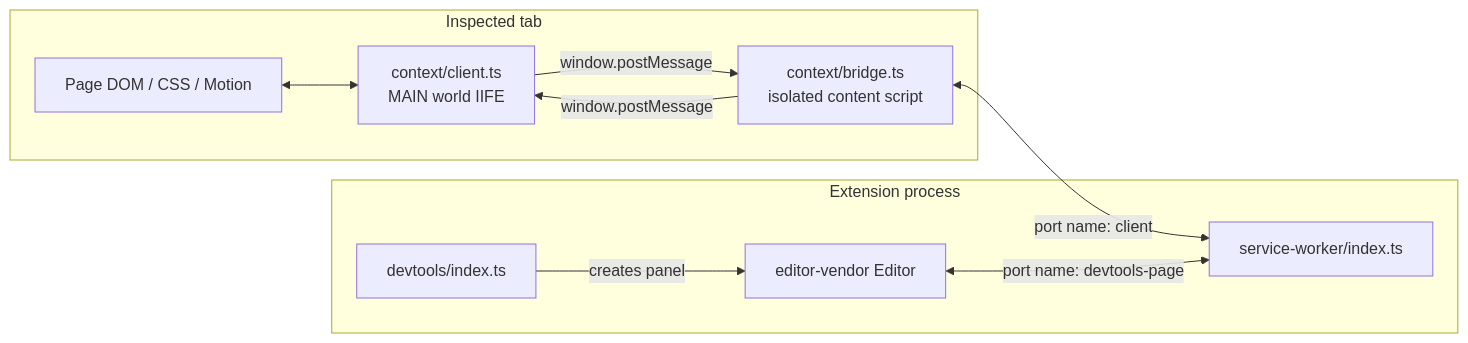
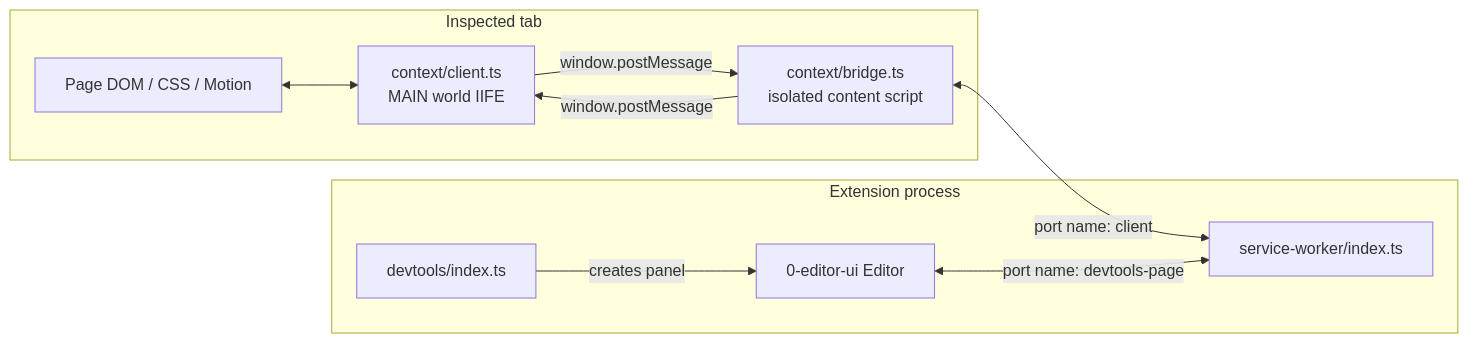
Before and after one commit to maxzz/transitions-chrome: the first of 6 diagrams in README.md, drawn with Mermaid. The commit also changed other lines of this file and 30 other files, not shown here.

````diff
--- a/README.md
+++ b/README.md
@@ -136,21 +136,21 @@
 ```mermaid
 flowchart LR
   subgraph Page["Inspected tab"]
     DOM["Page DOM / CSS / Motion"]
     Client["context/client.ts<br/>MAIN world IIFE"]
     Bridge["context/bridge.ts<br/>isolated content script"]
     DOM <--> Client
     Client -->|"window.postMessage"| Bridge
     Bridge -->|"window.postMessage"| Client
   end
 
   subgraph Extension["Extension process"]
     SW["service-worker/index.ts"]
     DT["devtools/index.ts"]
-    Editor["editor-vendor Editor"]
+    Editor["0-editor-ui Editor"]
     DT -->|creates panel| Editor
   end
 
   Bridge <-->|"port name: client"| SW
   Editor <-->|"port name: devtools-page"| SW
 ```
````
